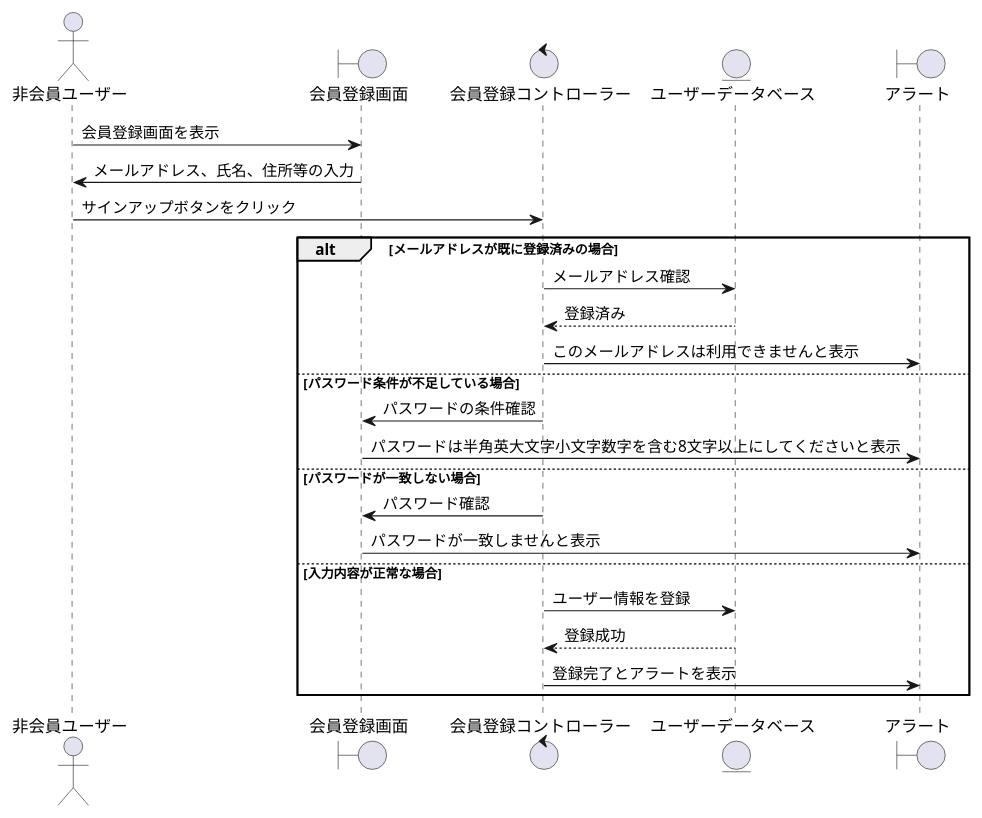
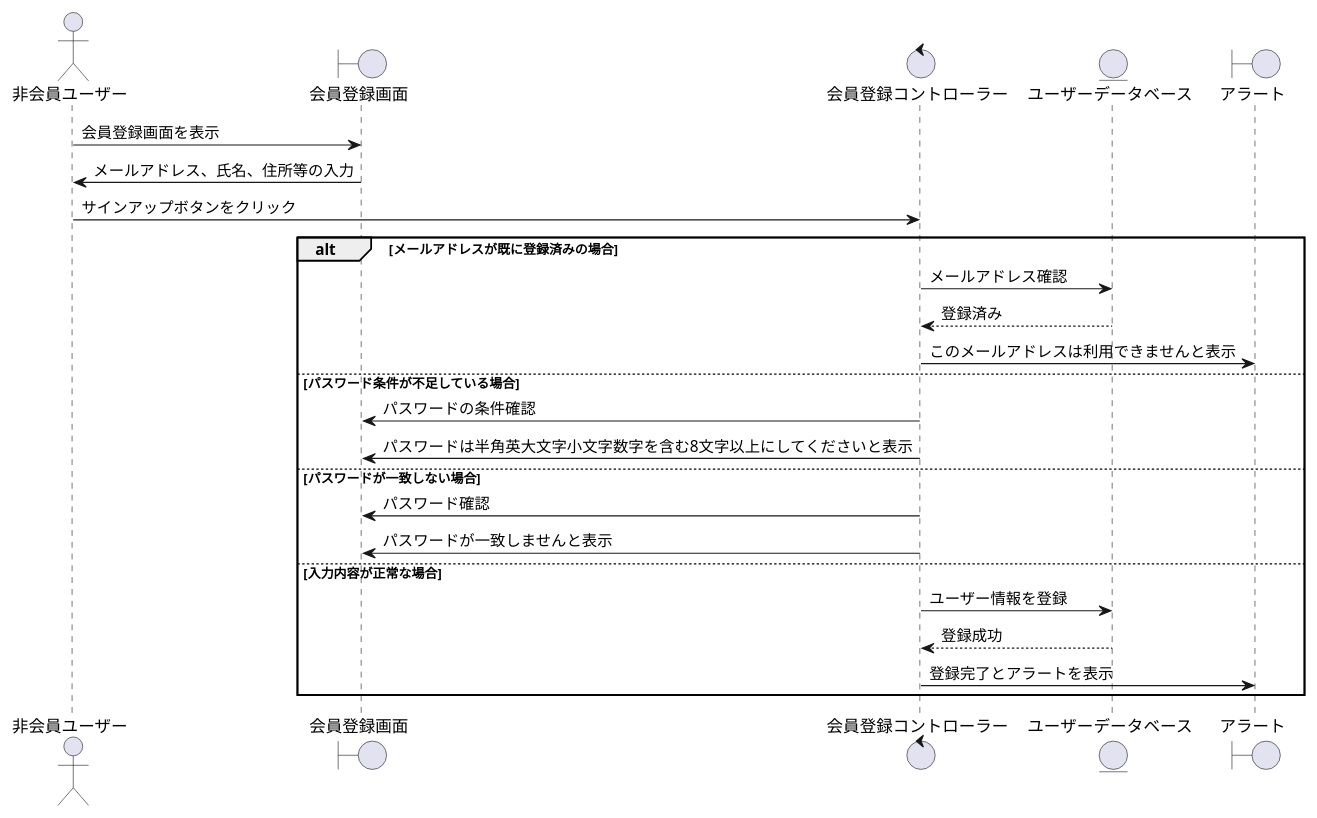
One commit to ysyk-wtnb16/team_D changed the diagram in BBショップ/会員登録.wsd. Above: the diagram before and after it, drawn with PlantUML. The commit also changed 1 other file, not shown here.

```diff
--- a/BBショップ/会員登録.wsd
+++ b/BBショップ/会員登録.wsd
@@ -1,30 +1,30 @@
 @startuml kaiin_touroku 
 actor "非会員ユーザー" as user
 boundary "会員登録画面" as reg
 control "会員登録コントローラー" as regc
 entity "ユーザーデータベース" as db
 boundary "アラート" as alert
 
 
 user -> reg: 会員登録画面を表示
 reg -> user: メールアドレス、氏名、住所等の入力
 user -> regc: サインアップボタンをクリック
 
 alt メールアドレスが既に登録済みの場合
     regc -> db: メールアドレス確認
     db --> regc: 登録済み
     regc -> alert: このメールアドレスは利用できませんと表示
 else パスワード条件が不足している場合
     regc -> reg: パスワードの条件確認
-    reg -> alert: パスワードは半角英大文字小文字数字を含む8文字以上にしてくださいと表示
+    regc -> reg: パスワードは半角英大文字小文字数字を含む8文字以上にしてくださいと表示
 else パスワードが一致しない場合
     regc -> reg: パスワード確認
-    reg -> alert: パスワードが一致しませんと表示
+    regc -> reg: パスワードが一致しませんと表示
 else 入力内容が正常な場合
     regc -> db: ユーザー情報を登録
     db --> regc: 登録成功
     regc -> alert: 登録完了とアラートを表示
 
 end
 
 @enduml
```
